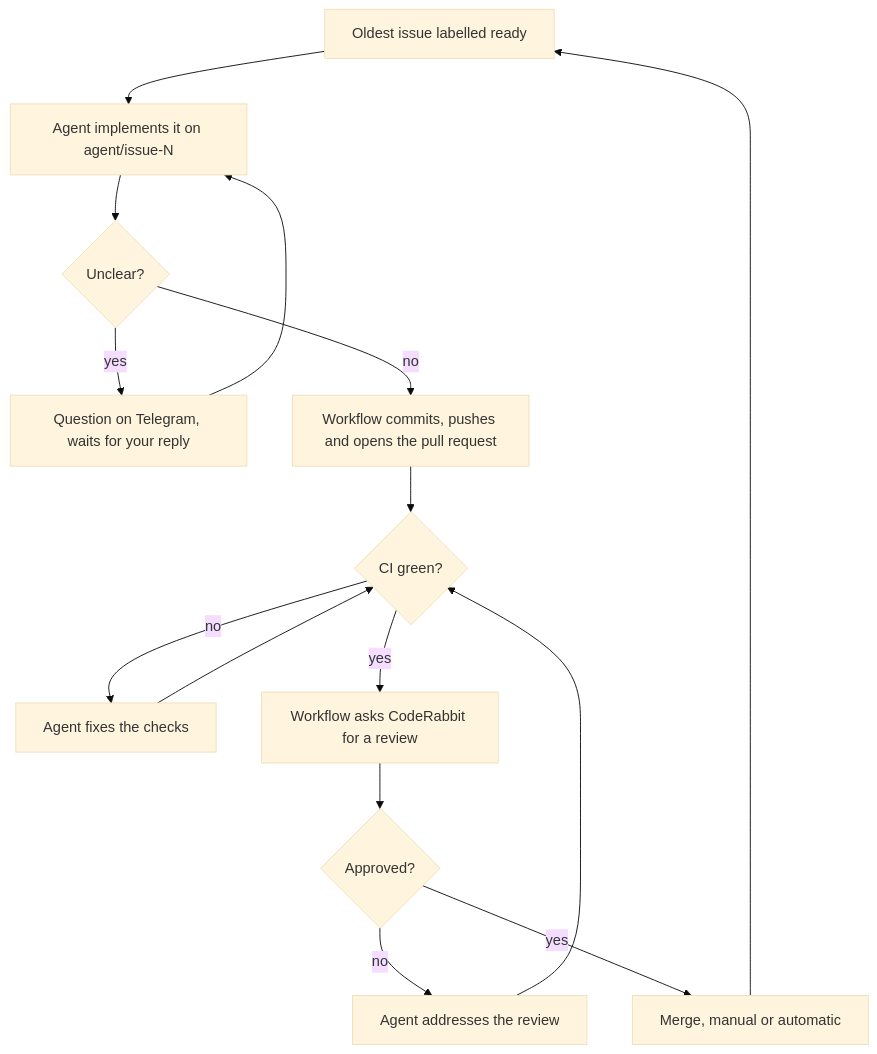
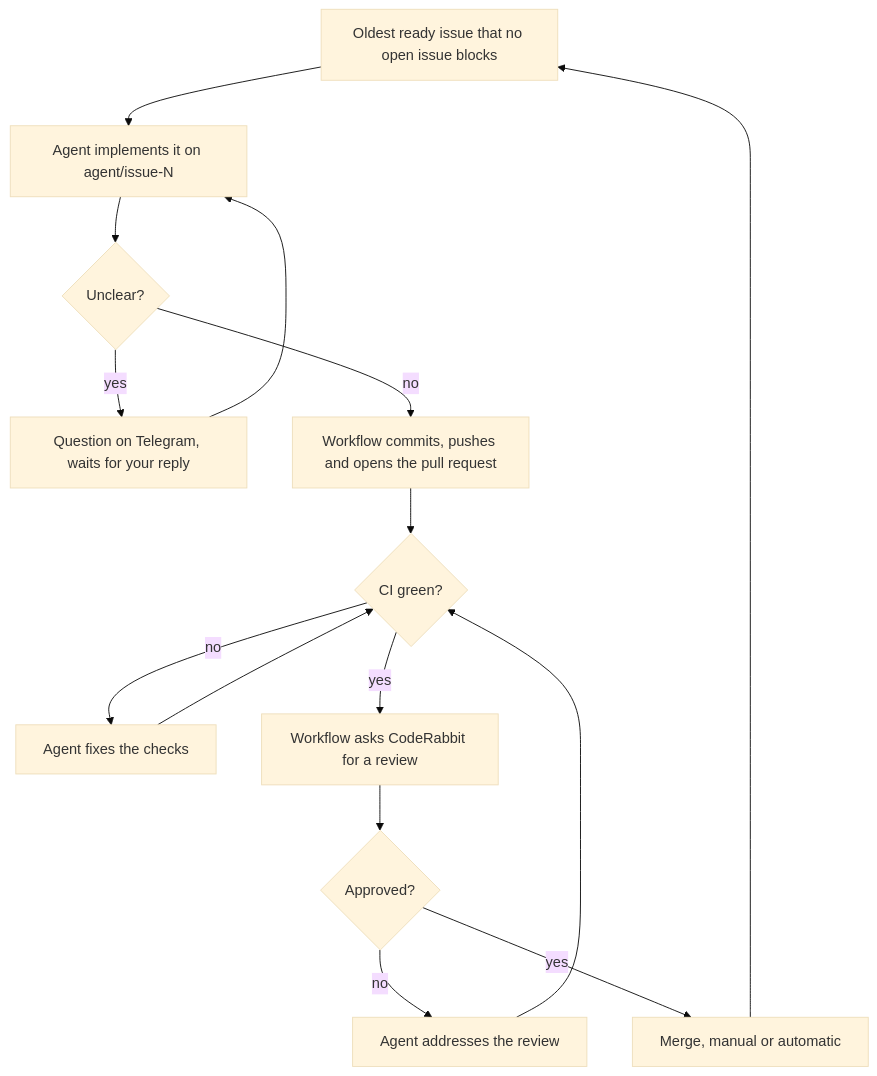
Before and after one commit to PeppeColi/peppec: the diagram in docs/architecture.md, drawn with Mermaid (base theme). The commit also changed other lines of this file and 2 other files, not shown here.

Commit message:
feat: skip ready issues that an open issue blocks
The queue takes the oldest ready issue without open blockers (GitHub's
"blocked by" relationship). The daily summary counts the ones waiting.

Claude-Session: https://claude.ai/code/session_01B4Dqehu3L5tqSHy3CpHiZ3

````diff
--- a/docs/architecture.md
+++ b/docs/architecture.md
@@ -27,17 +27,17 @@
 ```mermaid
 flowchart TD
-    A[Oldest issue labelled ready] --> B[Agent implements it on agent/issue-N]
+    A[Oldest ready issue that no open issue blocks] --> B[Agent implements it on agent/issue-N]
     B --> Q{Unclear?}
     Q -- yes --> W[Question on Telegram, waits for your reply]
     W --> B
     Q -- no --> P[Workflow commits, pushes and opens the pull request]
     P --> C{CI green?}
     C -- no --> F[Agent fixes the checks]
     F --> C
     C -- yes --> R[Workflow asks CodeRabbit for a review]
     R --> D{Approved?}
     D -- no --> G[Agent addresses the review]
     G --> C
     D -- yes --> M[Merge, manual or automatic]
     M --> A
 ```
````
